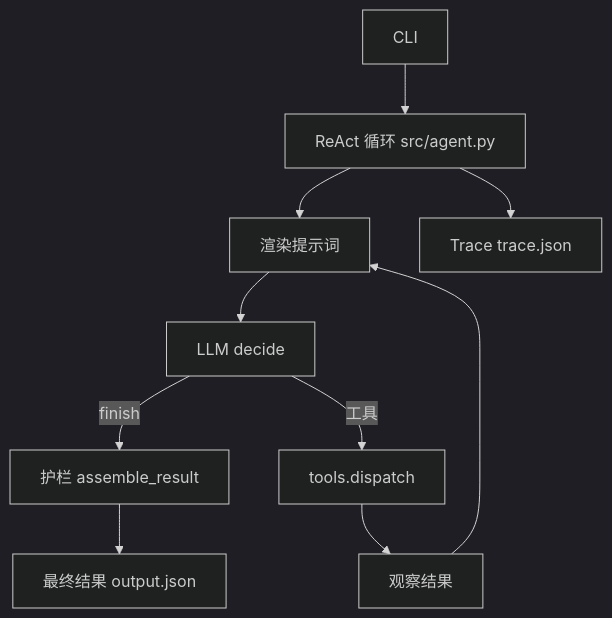
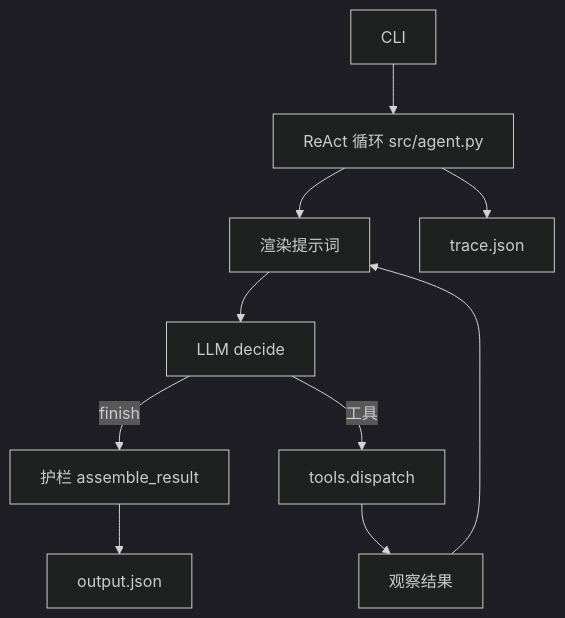
The diagram in docs/02-solution.md (reques/material-review-scheduling-agent), drawn with Mermaid (dark theme) before and after one commit. The commit also changed other lines of this file and 11 other files, not shown here.

````diff
--- a/docs/02-solution.md
+++ b/docs/02-solution.md
@@ -36,12 +37,12 @@
 ```mermaid
 flowchart TD
     CLI[CLI] --> Agent[ReAct 循环 src/agent.py]
     Agent --> Prompt[渲染提示词]
     Prompt --> LLM[LLM decide]
     LLM -->|finish| Guards[护栏 assemble_result]
     LLM -->|工具| Tools[tools.dispatch]
     Tools --> Obs[观察结果]
     Obs --> Prompt
-    Guards --> Result[最终结果 output.json]
-    Agent --> Trace[Trace trace.json]
+    Guards --> Result[output.json]
+    Agent --> Trace[trace.json]
 ```
````
